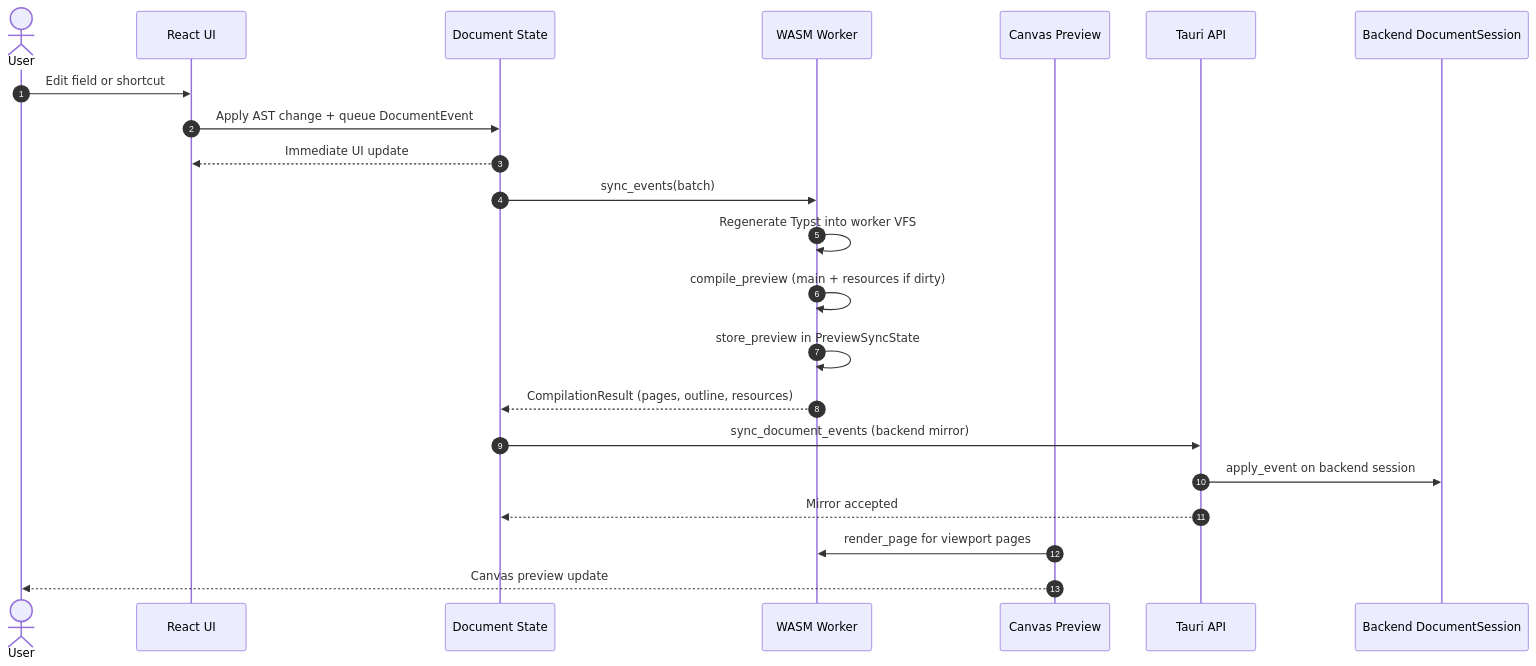
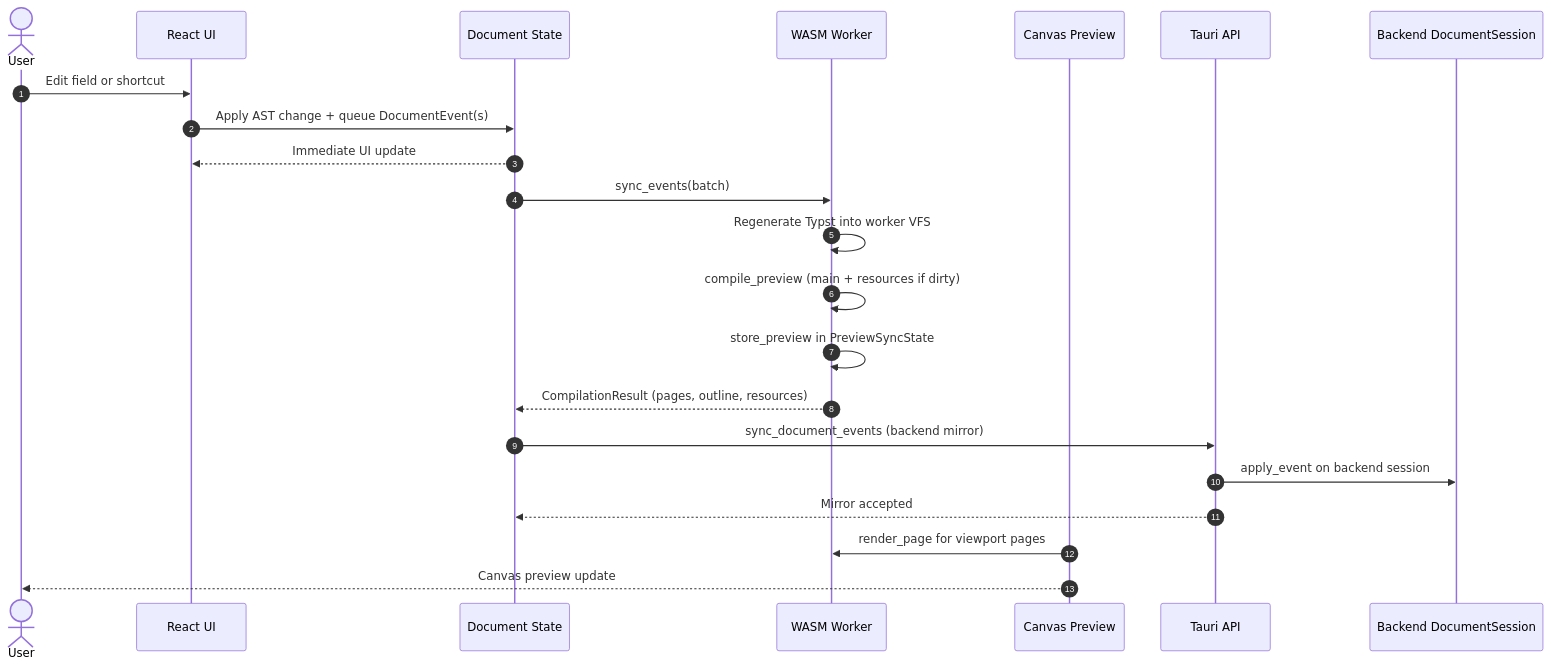
Before and after one commit to andmoreduro/ergo: the first of 9 diagrams in context/sequence-diagrams.md, drawn with Mermaid. The commit also changed other lines of this file and 70 other files, not shown here.

````diff
--- a/context/sequence-diagrams.md
+++ b/context/sequence-diagrams.md
@@ -7,27 +7,27 @@
 ```mermaid
 sequenceDiagram
     autonumber
 
     actor User
     participant UI as React UI
     participant State as Document State
     participant Worker as WASM Worker
     participant Preview as Canvas Preview
     participant API as Tauri API
     participant Session as Backend DocumentSession
 
     User->>UI: Edit field or shortcut
-    UI->>State: Apply AST change + queue DocumentEvent
+    UI->>State: Apply AST change + queue DocumentEvent(s)
     State-->>UI: Immediate UI update
 
     State->>Worker: sync_events(batch)
     Worker->>Worker: Regenerate Typst into worker VFS
     Worker->>Worker: compile_preview (main + resources if dirty)
     Worker->>Worker: store_preview in PreviewSyncState
     Worker-->>State: CompilationResult (pages, outline, resources)
     State->>API: sync_document_events (backend mirror)
     API->>Session: apply_event on backend session
     API-->>State: Mirror accepted
     Preview->>Worker: render_page for viewport pages
     Preview-->>User: Canvas preview update
 ```
````
